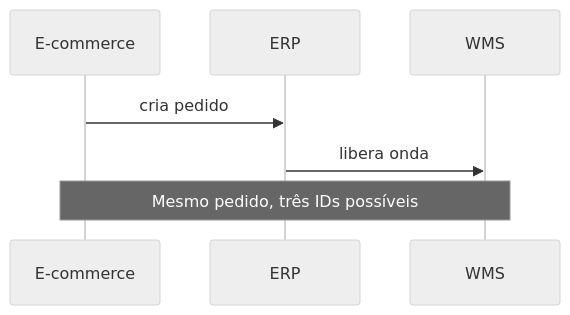
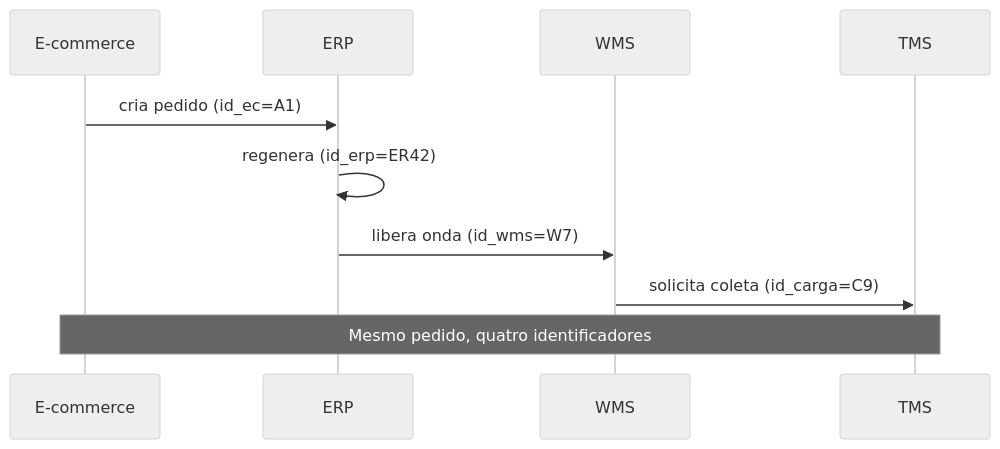
The second of 2 diagrams in aulas/trilha-dados-analytics-logistica/modulo-01-data-analytics-para-logistica/aula-02-qualidade-vies-demanda-fantasma.md (cleberhensel/logisticon-academy), drawn with Mermaid (neutral theme) before and after one commit. The commit also changed other lines of this file and 122 other files, not shown here.

````diff
--- a/aulas/trilha-dados-analytics-logistica/modulo-01-data-analytics-para-logistica/aula-02-qualidade-vies-demanda-fantasma.md
+++ b/aulas/trilha-dados-analytics-logistica/modulo-01-data-analytics-para-logistica/aula-02-qualidade-vies-demanda-fantasma.md
@@ -31,9 +101,12 @@
 ```mermaid
 sequenceDiagram
   participant EC as E-commerce
   participant ERP as ERP
   participant W as WMS
-  EC->>ERP: cria pedido
-  ERP->>W: libera onda
-  Note over EC,W: Mesmo pedido, três IDs possíveis
+  participant T as TMS
+  EC->>ERP: cria pedido (id_ec=A1)
+  ERP->>ERP: regenera (id_erp=ER42)
+  ERP->>W: libera onda (id_wms=W7)
+  W->>T: solicita coleta (id_carga=C9)
+  Note over EC,T: Mesmo pedido, quatro identificadores
 ```
````
